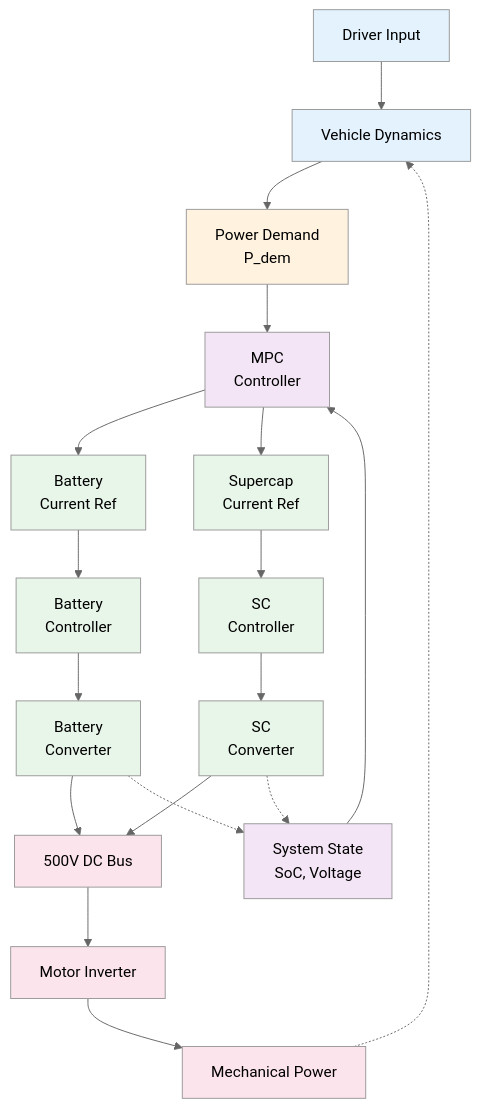
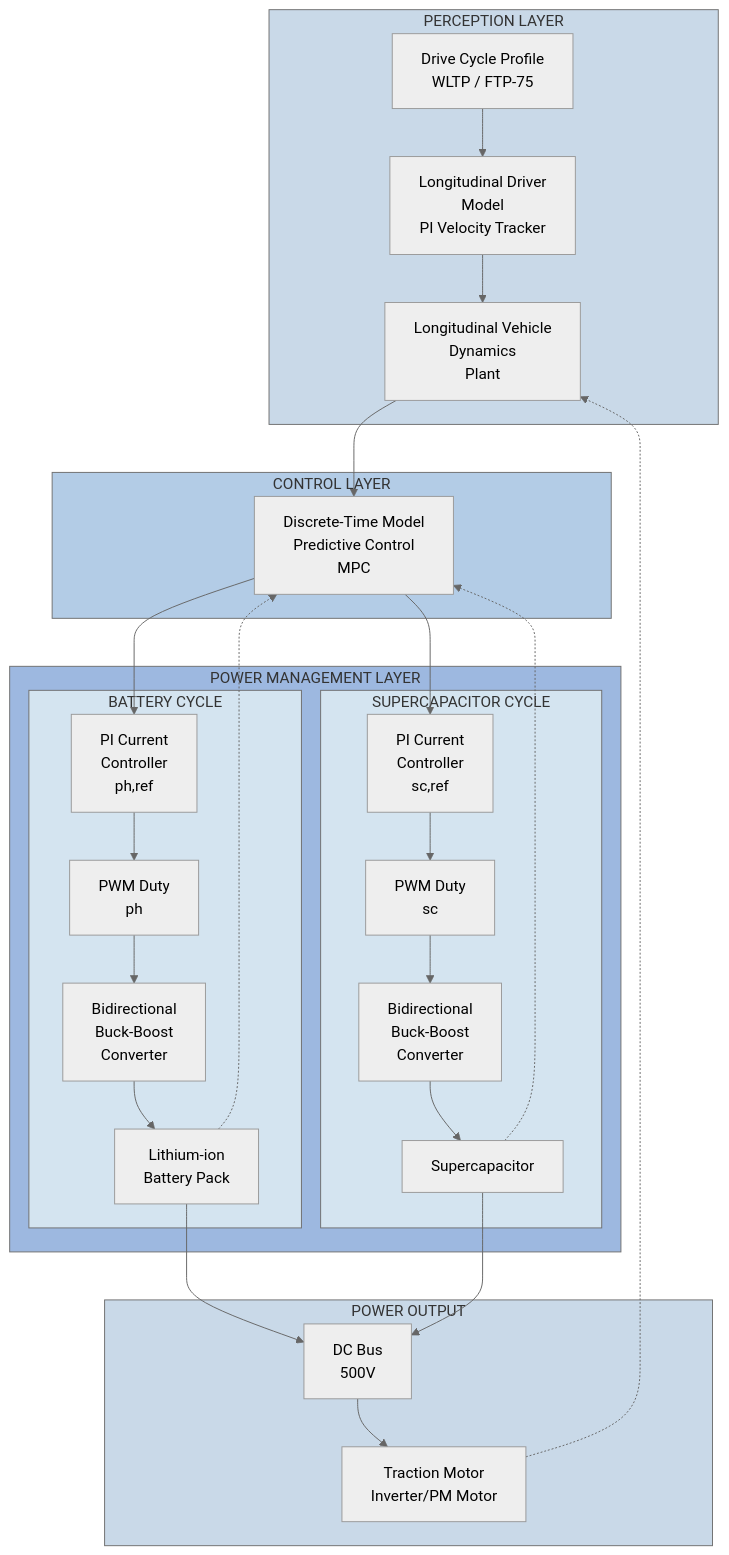
Before and after one commit to selinkurt99-design/project1: the diagram in ARCHITECTURE_DIAGRAM.md, drawn with Mermaid (neutral theme). The commit also changed other lines of this file, not shown here.

Commit message:
Redesign architecture diagram to match detailed layer structure

````diff
--- a/ARCHITECTURE_DIAGRAM.md
+++ b/ARCHITECTURE_DIAGRAM.md
@@ -5,42 +5,53 @@
 ```mermaid
 graph TD
-    A["Driver Input"] --> B["Vehicle Dynamics"]
-    B --> C["Power Demand<br/>P_dem"]
+    subgraph Perception["PERCEPTION LAYER"]
+        A["Drive Cycle Profile<br/>WLTP / FTP-75"]
+        B["Longitudinal Driver<br/>Model<br/>PI Velocity Tracker"]
+        C["Longitudinal Vehicle<br/>Dynamics<br/>Plant"]
+        A --> B --> C
+    end
     
-    C --> D["MPC<br/>Controller"]
-    E["System State<br/>SoC, Voltage"] --> D
+    subgraph Control["CONTROL LAYER"]
+        D["Discrete-Time Model<br/>Predictive Control<br/>MPC"]
+    end
     
-    D --> F["Battery<br/>Current Ref"]
-    D --> G["Supercap<br/>Current Ref"]
+    subgraph Power["POWER MANAGEMENT LAYER"]
+        subgraph Battery["BATTERY CYCLE"]
+            E1["PI Current<br/>Controller<br/>ph,ref"]
+            F1["PWM Duty<br/>ph"]
+            G1["Bidirectional<br/>Buck-Boost<br/>Converter"]
+            H1["Lithium-ion<br/>Battery Pack"]
+            E1 --> F1 --> G1 --> H1
+        end
+        
+        subgraph Supercap["SUPERCAPACITOR CYCLE"]
+            E2["PI Current<br/>Controller<br/>sc,ref"]
+            F2["PWM Duty<br/>sc"]
+            G2["Bidirectional<br/>Buck-Boost<br/>Converter"]
+            H2["Supercapacitor"]
+            E2 --> F2 --> G2 --> H2
+        end
+    end
     
-    F --> H["Battery<br/>Controller"]
-    G --> I["SC<br/>Controller"]
+    subgraph Plant["POWER OUTPUT"]
+        I["DC Bus<br/>500V"]
+        J["Traction Motor<br/>Inverter/PM Motor"]
+    end
     
-    H --> J["Battery<br/>Converter"]
-    I --> K["SC<br/>Converter"]
+    C --> D
+    D --> E1
+    D --> E2
+    H1 --> I
+    H2 --> I
+    I --> J
+    J -.-> C
+    H1 -.-> D
+    H2 -.-> D
     
-    J --> L["500V DC Bus"]
-    K --> L
-    
-    L --> M["Motor Inverter"]
-    M --> N["Mechanical Power"]
-    
-    N -.-> B
-    J -.-> E
-    K -.-> E
-    
-    style A fill:#e3f2fd
-    style B fill:#e3f2fd
-    style C fill:#fff3e0
-    style D fill:#f3e5f5
-    style E fill:#f3e5f5
-    style F fill:#e8f5e9
-    style G fill:#e8f5e9
-    style H fill:#e8f5e9
-    style I fill:#e8f5e9
-    style J fill:#e8f5e9
-    style K fill:#e8f5e9
-    style L fill:#fce4ec
-    style M fill:#fce4ec
-    style N fill:#fce4ec
+    style Perception fill:#c9d9e8
+    style Control fill:#b3cce6
+    style Power fill:#9db8e0
+    style Battery fill:#d4e4f0
+    style Supercap fill:#d4e4f0
+    style Plant fill:#c9d9e8
 ```
````
